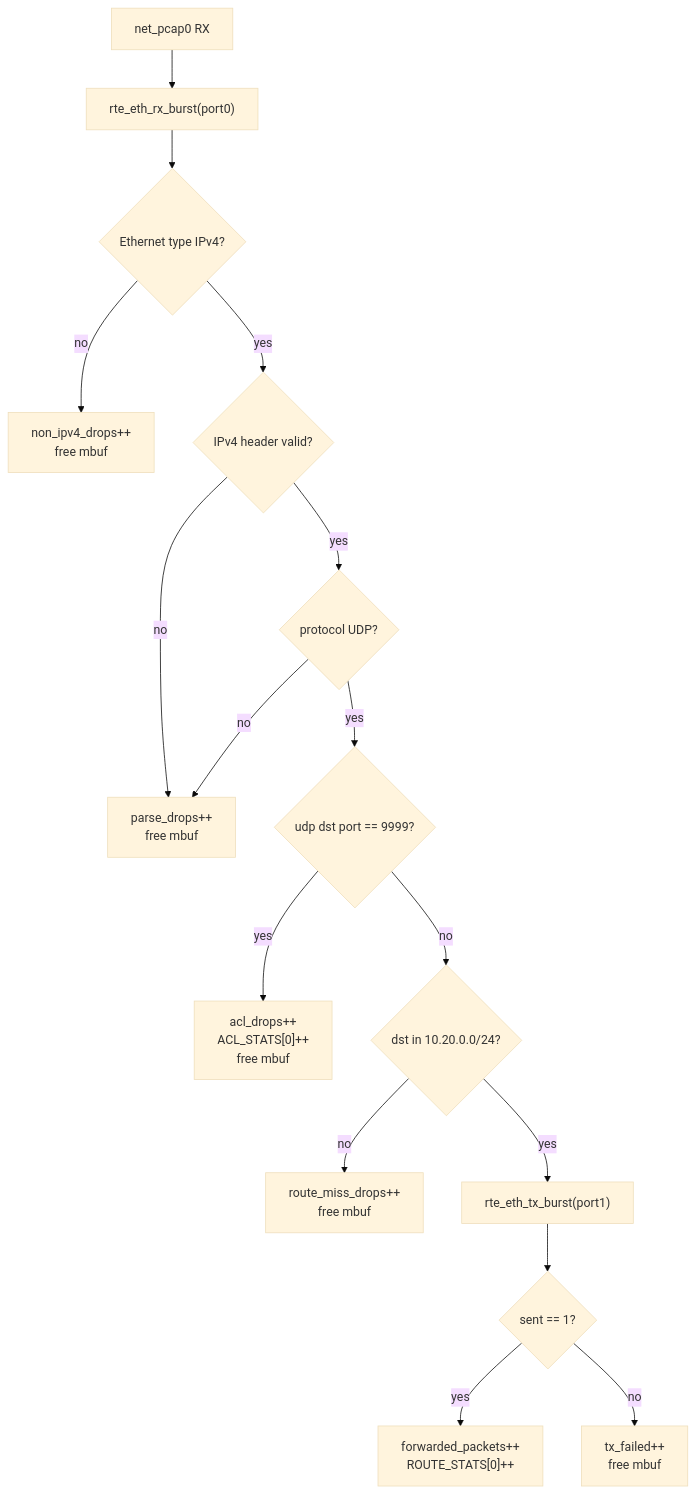
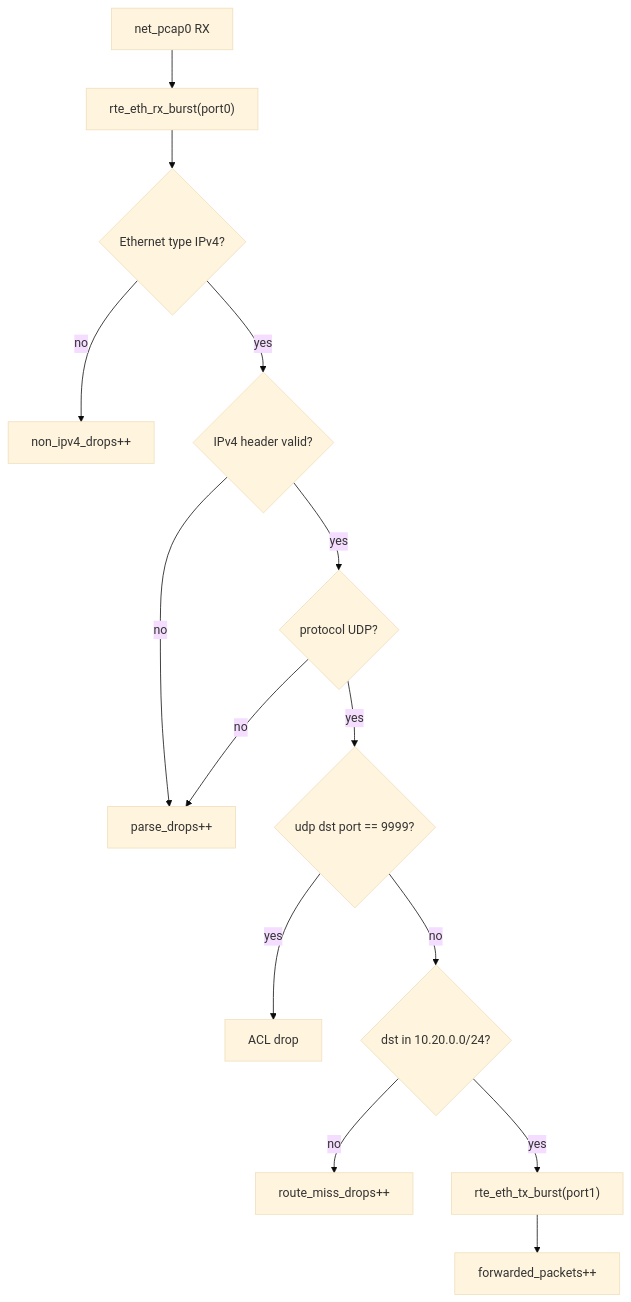
The seventh of 9 diagrams in linux-driver-lab/track-dpdk-advanced/docs/04_ARCHITECTURE_PRINCIPLES.md (gwpptm007/driver-lab), drawn with Mermaid (base theme) before and after one commit. The commit also changed other lines of this file and 79 other files, not shown here.

````diff
--- a/linux-driver-lab/track-dpdk-advanced/docs/04_ARCHITECTURE_PRINCIPLES.md
+++ b/linux-driver-lab/track-dpdk-advanced/docs/04_ARCHITECTURE_PRINCIPLES.md
@@ -215,18 +170,16 @@
 ```mermaid
 flowchart TD
     RX["net_pcap0 RX"] --> Burst["rte_eth_rx_burst(port0)"]
     Burst --> Eth{"Ethernet type IPv4?"}
-    Eth -->|no| NonIPv4["non_ipv4_drops++\nfree mbuf"]
+    Eth -->|no| NonIPv4["non_ipv4_drops++"]
     Eth -->|yes| IP{"IPv4 header valid?"}
-    IP -->|no| ParseDrop["parse_drops++\nfree mbuf"]
+    IP -->|no| ParseDrop["parse_drops++"]
     IP -->|yes| UDP{"protocol UDP?"}
     UDP -->|no| ParseDrop
     UDP -->|yes| ACL{"udp dst port == 9999?"}
-    ACL -->|yes| ACLDrop["acl_drops++\nACL_STATS[0]++\nfree mbuf"]
+    ACL -->|yes| ACLDrop["ACL drop"]
     ACL -->|no| Route{"dst in 10.20.0.0/24?"}
-    Route -->|no| Miss["route_miss_drops++\nfree mbuf"]
+    Route -->|no| Miss["route_miss_drops++"]
     Route -->|yes| TX["rte_eth_tx_burst(port1)"]
-    TX --> OK{"sent == 1?"}
-    OK -->|yes| Fwd["forwarded_packets++\nROUTE_STATS[0]++"]
-    OK -->|no| TxFail["tx_failed++\nfree mbuf"]
+    TX --> Fwd["forwarded_packets++"]
 ```
````
